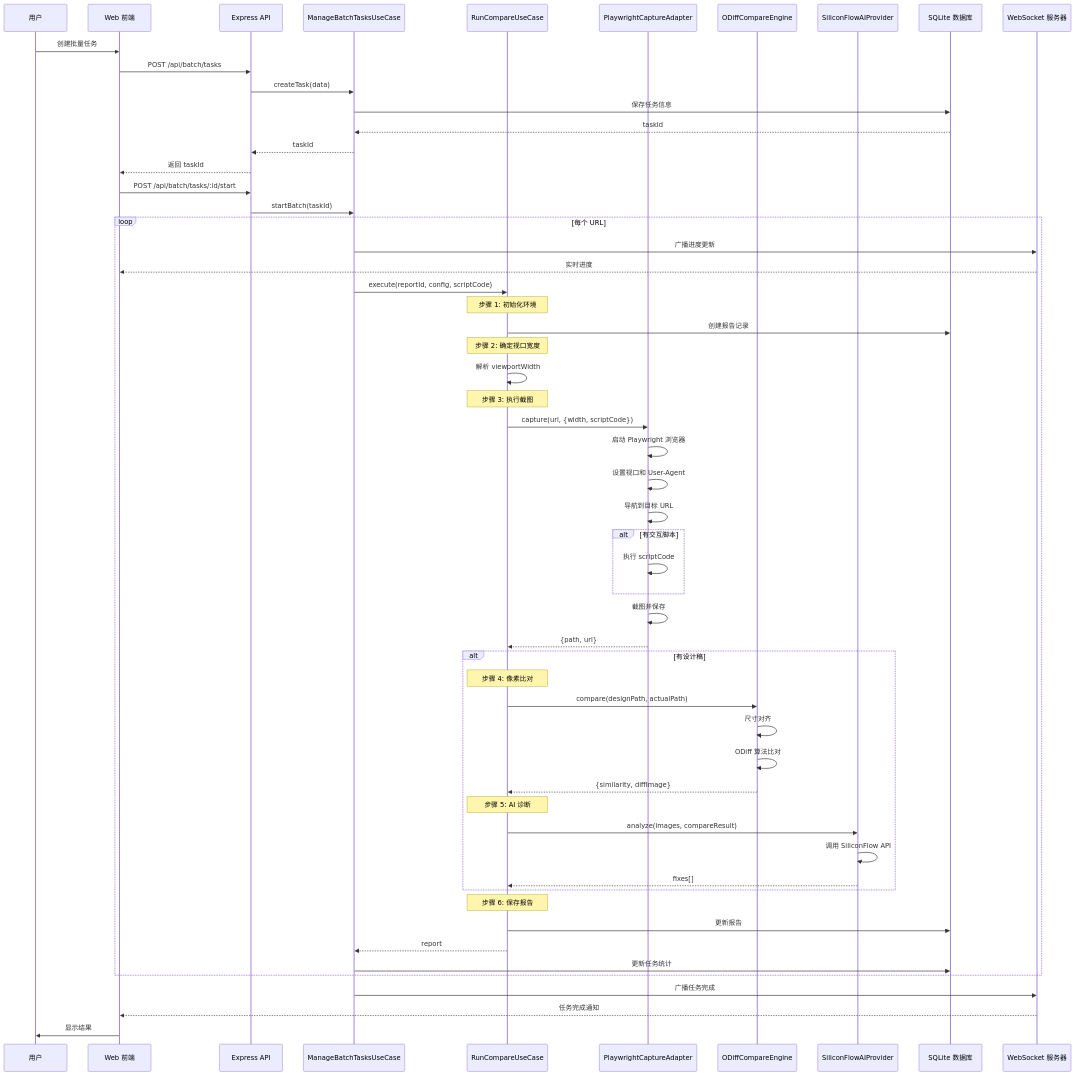
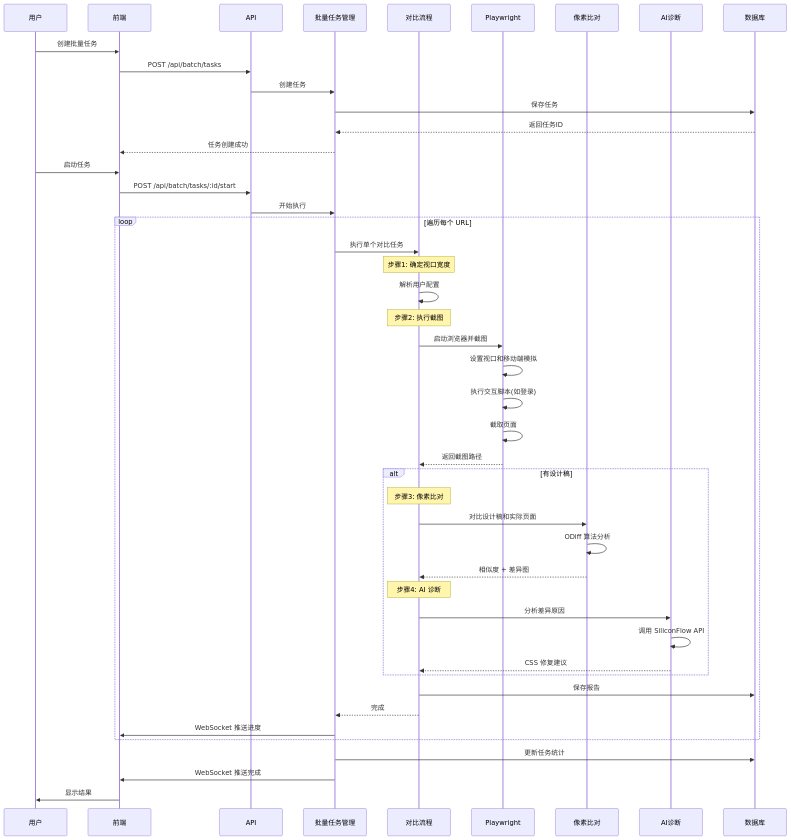
Before and after one commit to liyongshun1018/UI-Eye: the second of 2 diagrams in docs/项目架构文档.md, drawn with Mermaid. The commit also changed other lines of this file, not shown here.

Commit message:
docs: 优化架构图表，简化结构并全部使用中文描述

````diff
--- a/docs/项目架构文档.md
+++ b/docs/项目架构文档.md
@@ -88,73 +85,57 @@
 ```mermaid
 sequenceDiagram
-    participant U as 用户
-    participant W as Web 前端
-    participant API as Express API
-    participant BUC as ManageBatchTasksUseCase
-    participant RUC as RunCompareUseCase
-    participant PA as PlaywrightCaptureAdapter
-    participant CE as ODiffCompareEngine
-    participant AI as SiliconFlowAIProvider
-    participant DB as SQLite 数据库
-    participant WS as WebSocket 服务器
+    participant 用户
+    participant 前端
+    participant API
+    participant 批量任务管理
+    participant 对比流程
+    participant Playwright
+    participant 像素比对
+    participant AI诊断
+    participant 数据库
 
-    U->>W: 创建批量任务
-    W->>API: POST /api/batch/tasks
-    API->>BUC: createTask(data)
-    BUC->>DB: 保存任务信息
-    DB-->>BUC: taskId
-    BUC-->>API: taskId
-    API-->>W: 返回 taskId
+    用户->>前端: 创建批量任务
+    前端->>API: POST /api/batch/tasks
+    API->>批量任务管理: 创建任务
+    批量任务管理->>数据库: 保存任务
+    数据库-->>批量任务管理: 返回任务ID
+    批量任务管理-->>前端: 任务创建成功
     
-    W->>API: POST /api/batch/tasks/:id/start
-    API->>BUC: startBatch(taskId)
+    用户->>前端: 启动任务
+    前端->>API: POST /api/batch/tasks/:id/start
+    API->>批量任务管理: 开始执行
     
-    loop 每个 URL
-        BUC->>WS: 广播进度更新
-        WS-->>W: 实时进度
+    loop 遍历每个 URL
+        批量任务管理->>对比流程: 执行单个对比任务
         
-        BUC->>RUC: execute(reportId, config, scriptCode)
+        Note over 对比流程: 步骤1: 确定视口宽度
+        对比流程->>对比流程: 解析用户配置
         
-        Note over RUC: 步骤 1: 初始化环境
-        RUC->>DB: 创建报告记录
+        Note over 对比流程: 步骤2: 执行截图
+        对比流程->>Playwright: 启动浏览器并截图
+        Playwright->>Playwright: 设置视口和移动端模拟
+        Playwright->>Playwright: 执行交互脚本(如登录)
+        Playwright->>Playwright: 截取页面
+        Playwright-->>对比流程: 返回截图路径
         
-        Note over RUC: 步骤 2: 确定视口宽度
-        RUC->>RUC: 解析 viewportWidth
-        
-        Note over RUC: 步骤 3: 执行截图
-        RUC->>PA: capture(url, {width, scriptCode})
-        PA->>PA: 启动 Playwright 浏览器
-        PA->>PA: 设置视口和 User-Agent
-        PA->>PA: 导航到目标 URL
-        
-        alt 有交互脚本
-            PA->>PA: 执行 scriptCode
+        alt 有设计稿
+            Note over 对比流程: 步骤3: 像素比对
+            对比流程->>像素比对: 对比设计稿和实际页面
+            像素比对->>像素比对: ODiff 算法分析
+            像素比对-->>对比流程: 相似度 + 差异图
+            
+            Note over 对比流程: 步骤4: AI 诊断
+            对比流程->>AI诊断: 分析差异原因
+            AI诊断->>AI诊断: 调用 SiliconFlow API
+            AI诊断-->>对比流程: CSS 修复建议
         end
         
-        PA->>PA: 截图并保存
-        PA-->>RUC: {path, url}
-        
-        alt 有设计稿
-            Note over RUC: 步骤 4: 像素比对
-            RUC->>CE: compare(designPath, actualPath)
-            CE->>CE: 尺寸对齐
-            CE->>CE: ODiff 算法比对
-            CE-->>RUC: {similarity, diffImage}
-            
-            Note over RUC: 步骤 5: AI 诊断
-            RUC->>AI: analyze(images, compareResult)
-            AI->>AI: 调用 SiliconFlow API
-            AI-->>RUC: fixes[]
-        end
-        
-        Note over RUC: 步骤 6: 保存报告
-        RUC->>DB: 更新报告
-        RUC-->>BUC: report
-        
-        BUC->>DB: 更新任务统计
+        对比流程->>数据库: 保存报告
+        对比流程-->>批量任务管理: 完成
+        批量任务管理->>前端: WebSocket 推送进度
     end
     
-    BUC->>WS: 广播任务完成
-    WS-->>W: 任务完成通知
-    W->>U: 显示结果
+    批量任务管理->>数据库: 更新任务统计
+    批量任务管理->>前端: WebSocket 推送完成
+    前端->>用户: 显示结果
 ```
````
